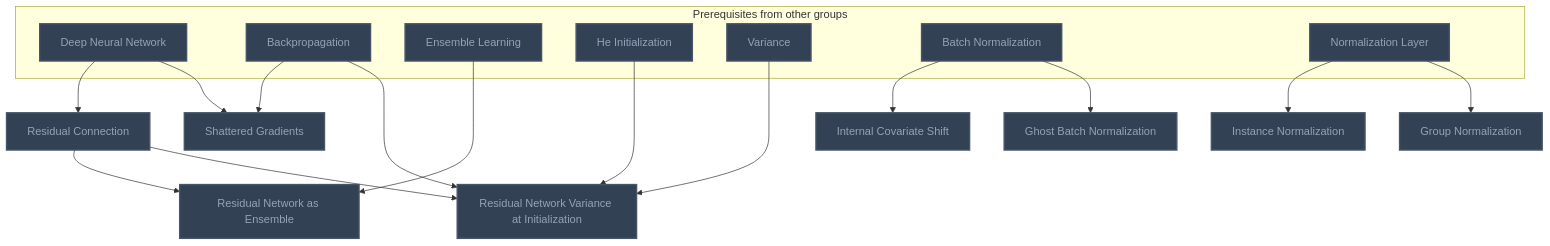
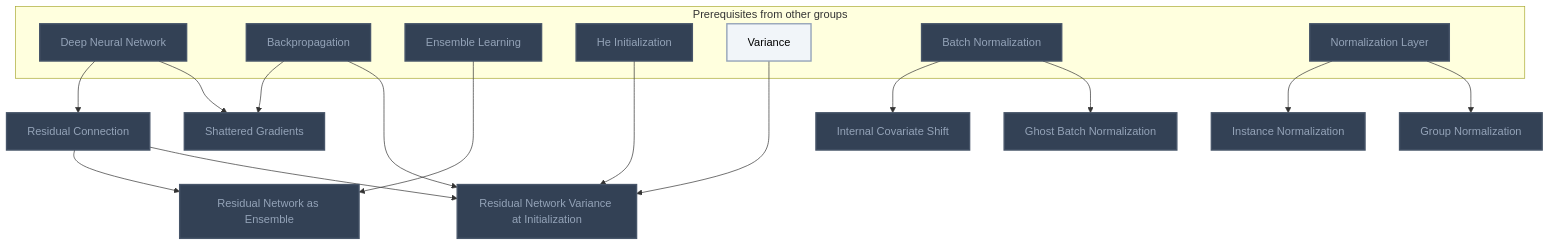
One commit to MRauf1/My-Notes changed the tenth of 21 diagrams in Gamification/Skill Trees/Deep Learning.md. Above: the diagram before and after it, drawn with Mermaid. The commit also changed other lines of this file and 145 other files, not shown here.

````diff
--- a/Gamification/Skill Trees/Deep Learning.md
+++ b/Gamification/Skill Trees/Deep Learning.md
@@ -527,44 +529,45 @@
 ```mermaid
 flowchart TD
     classDef planned fill:#1E293B,stroke:#64748B,stroke-width:2px,stroke-dasharray:5 5,color:#94A3B8;
     classDef locked fill:#334155,stroke:#475569,stroke-width:2px,color:#94A3B8;
     classDef L0 fill:#F1F5F9,stroke:#94A3B8,stroke-width:2px,color:#000000;
     classDef L1 fill:#22C55E,stroke:#15803D,stroke-width:2px,color:#000000;
     classDef L2 fill:#3B82F6,stroke:#1D4ED8,stroke-width:3px,color:#FFFFFF;
     classDef L3 fill:#A855F7,stroke:#6B21A8,stroke-width:3px,color:#FFFFFF,font-weight:bold;
     classDef L4 fill:#F97316,stroke:#C2410C,stroke-width:4px,color:#000000,font-weight:bold;
     classDef L5 fill:#FFD700,stroke:#FF8C00,stroke-width:5px,color:#000000,font-weight:bold;
     classDef rusty stroke:#8B4513,stroke-width:4px,stroke-dasharray:3 3;
     subgraph sg_prereqs["Prerequisites from other groups"]
         n_deep_neural_network["Deep Neural Network"]
         n_backpropagation["Backpropagation"]
         n_ensemble_learning["Ensemble Learning"]
         n_he_initialization["He Initialization"]
         n_variance["Variance"]
         n_batch_normalization["Batch Normalization"]
         n_normalization_layer["Normalization Layer"]
     end
     n_residual_connection["Residual Connection"]
     n_shattered_gradients["Shattered Gradients"]
     n_residual_network_as_ensemble["Residual Network as Ensemble"]
     n_residual_network_variance_at_initialization["Residual Network Variance at Initialization"]
     n_internal_covariate_shift["Internal Covariate Shift"]
     n_ghost_batch_normalization["Ghost Batch Normalization"]
     n_instance_normalization["Instance Normalization"]
     n_group_normalization["Group Normalization"]
     n_deep_neural_network --> n_residual_connection
     n_deep_neural_network --> n_shattered_gradients
     n_backpropagation --> n_shattered_gradients
     n_residual_connection --> n_residual_network_as_ensemble
     n_ensemble_learning --> n_residual_network_as_ensemble
     n_residual_connection --> n_residual_network_variance_at_initialization
     n_he_initialization --> n_residual_network_variance_at_initialization
     n_variance --> n_residual_network_variance_at_initialization
     n_backpropagation --> n_residual_network_variance_at_initialization
     n_batch_normalization --> n_internal_covariate_shift
     n_batch_normalization --> n_ghost_batch_normalization
     n_normalization_layer --> n_instance_normalization
     n_normalization_layer --> n_group_normalization
-    class n_deep_neural_network,n_backpropagation,n_ensemble_learning,n_he_initialization,n_variance,n_batch_normalization,n_normalization_layer,n_residual_connection,n_shattered_gradients,n_residual_network_as_ensemble,n_residual_network_variance_at_initialization,n_internal_covariate_shift,n_ghost_batch_normalization,n_instance_normalization,n_group_normalization locked;
+    class n_deep_neural_network,n_backpropagation,n_ensemble_learning,n_he_initialization,n_batch_normalization,n_normalization_layer,n_residual_connection,n_shattered_gradients,n_residual_network_as_ensemble,n_residual_network_variance_at_initialization,n_internal_covariate_shift,n_ghost_batch_normalization,n_instance_normalization,n_group_normalization locked;
+    class n_variance L0;
     class n_deep_neural_network,n_backpropagation,n_ensemble_learning,n_he_initialization,n_variance,n_batch_normalization,n_normalization_layer,n_residual_connection,n_shattered_gradients,n_residual_network_as_ensemble,n_residual_network_variance_at_initialization,n_internal_covariate_shift,n_ghost_batch_normalization,n_instance_normalization,n_group_normalization internal-link;
 ```
````
